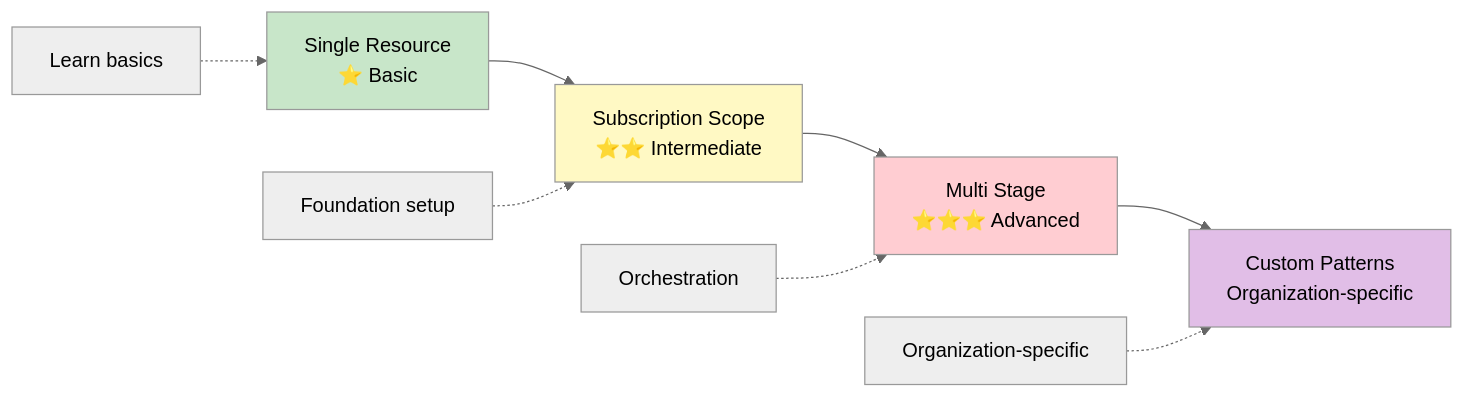
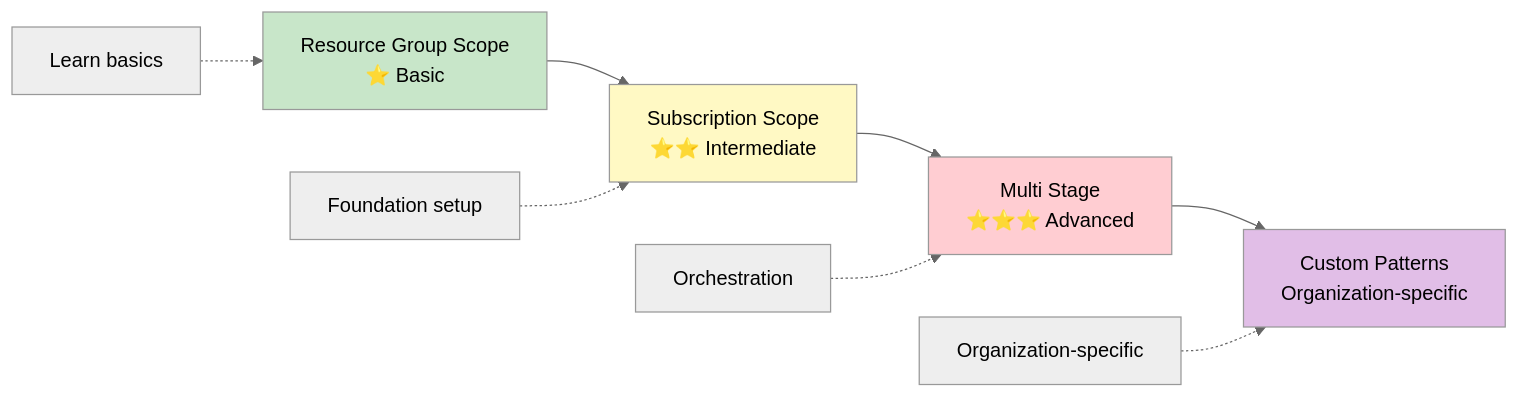
One commit to thecloudexplorers/release-engine-pattern-template changed the first of 4 diagrams in docs/PATTERNS_OVERVIEW.md. Above: the diagram before and after it, drawn with Mermaid (neutral theme). The commit also changed other lines of this file and 9 other files, not shown here.

First line of the commit message:
Fixed resource group scope deployment (#5)

````diff
--- a/docs/PATTERNS_OVERVIEW.md
+++ b/docs/PATTERNS_OVERVIEW.md
@@ -87,16 +87,16 @@
 ```mermaid
 graph LR
-    A["Single Resource<br/>⭐ Basic"] --> B["Subscription Scope<br/>⭐⭐ Intermediate"]
+    A["Resource Group Scope<br/>⭐ Basic"] --> B["Subscription Scope<br/>⭐⭐ Intermediate"]
     B --> C["Multi Stage<br/>⭐⭐⭐ Advanced"]
     C --> D["Custom Patterns<br/>Organization-specific"]
     
     A1["Learn basics"] -.-> A
     B1["Foundation setup"] -.-> B
     C1["Orchestration"] -.-> C
     D1["Organization-specific"] -.-> D
     
     style A fill:#c8e6c9
     style B fill:#fff9c4
     style C fill:#ffcdd2
     style D fill:#e1bee7
 ```
````
